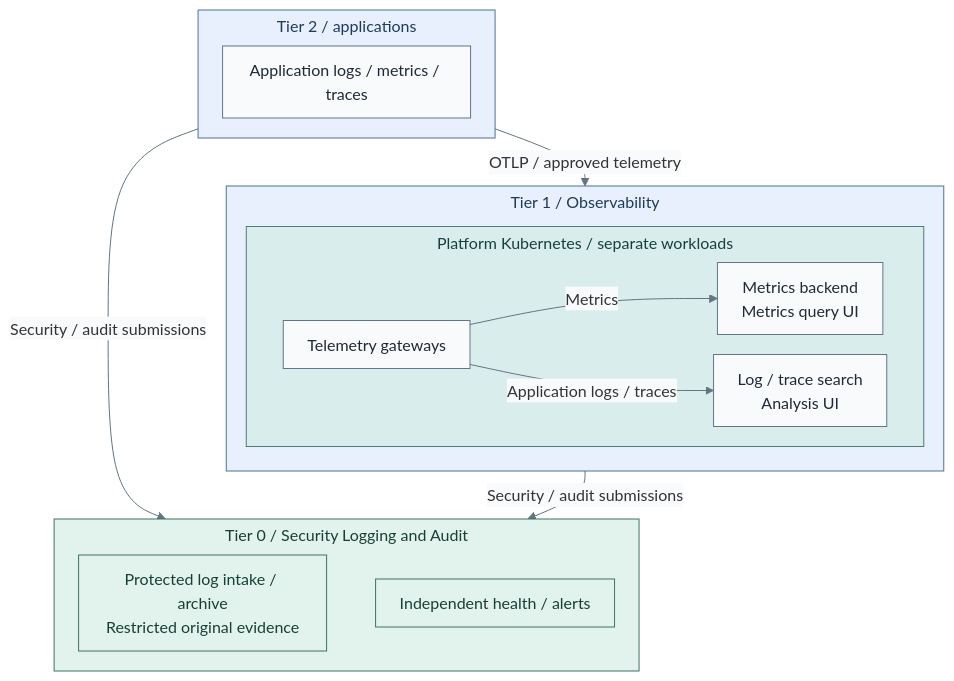
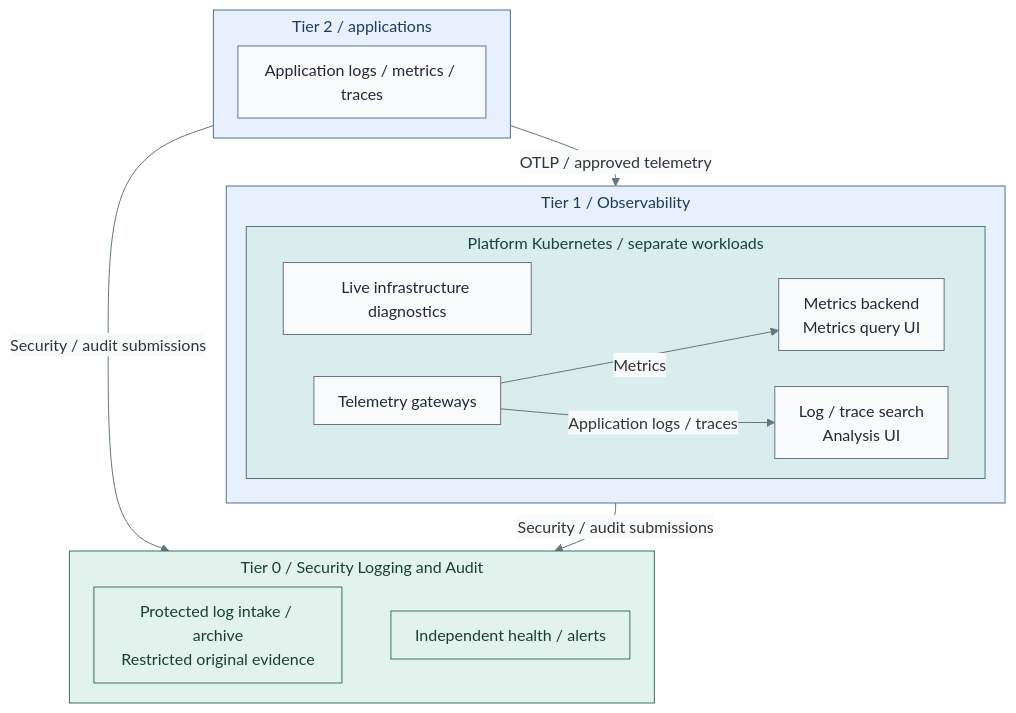
The diagram in docs/architecture/operations/telemetry.md (Rexus/homelab), drawn with Mermaid before and after one commit. The commit also changed other lines of this file and 52 other files, not shown here.

````diff
--- a/docs/architecture/operations/telemetry.md
+++ b/docs/architecture/operations/telemetry.md
@@ -24,33 +25,35 @@
 ```mermaid
 %%{init: {"theme":"base","flowchart":{"nodeSpacing":20,"rankSpacing":24,"padding":12,"subGraphTitleMargin":{"top":4,"bottom":12}},"themeVariables":{"lineColor":"#627581","edgeLabelBackground":"#f8fafc"}}}%%
 flowchart TB
   subgraph T2["Tier 2 / applications"]
     Apps["Application logs / metrics / traces"]
   end
   subgraph T1["Tier 1 / Observability"]
     direction TB
     subgraph Cluster["Platform Kubernetes / separate workloads"]
       Gateway["Telemetry gateways"]
       Metrics["Metrics backend<br/>Metrics query UI"]
       Search["Log / trace search<br/>Analysis UI"]
+      Diagnostics["Live infrastructure diagnostics"]
       Gateway -->|Metrics| Metrics
       Gateway -->|Application logs / traces| Search
+      Diagnostics ~~~ Metrics
     end
   end
   subgraph T0["Tier 0 / Security Logging and Audit"]
     direction LR
     Evidence["Protected log intake / archive<br/>Restricted original evidence"]
     Critical["Independent health / alerts"]
     Evidence ~~~ Critical
   end
   T2 -->|OTLP / approved telemetry| T1
   T2 -->|Security / audit submissions| T0
   T1 -->|Security / audit submissions| T0
   classDef default fill:#f8fafc,stroke:#64748b,color:#1f2937
   classDef services fill:#e7f0fc,stroke:#4d719b,color:#203a5b
   classDef runtime fill:#d9eeec,stroke:#4d7b77,color:#173f3e
   classDef control fill:#e2f3ed,stroke:#397366,color:#173f36
   class T2,T1 services
   class Cluster runtime
   class T0,Evidence,Critical control
 ```
````
